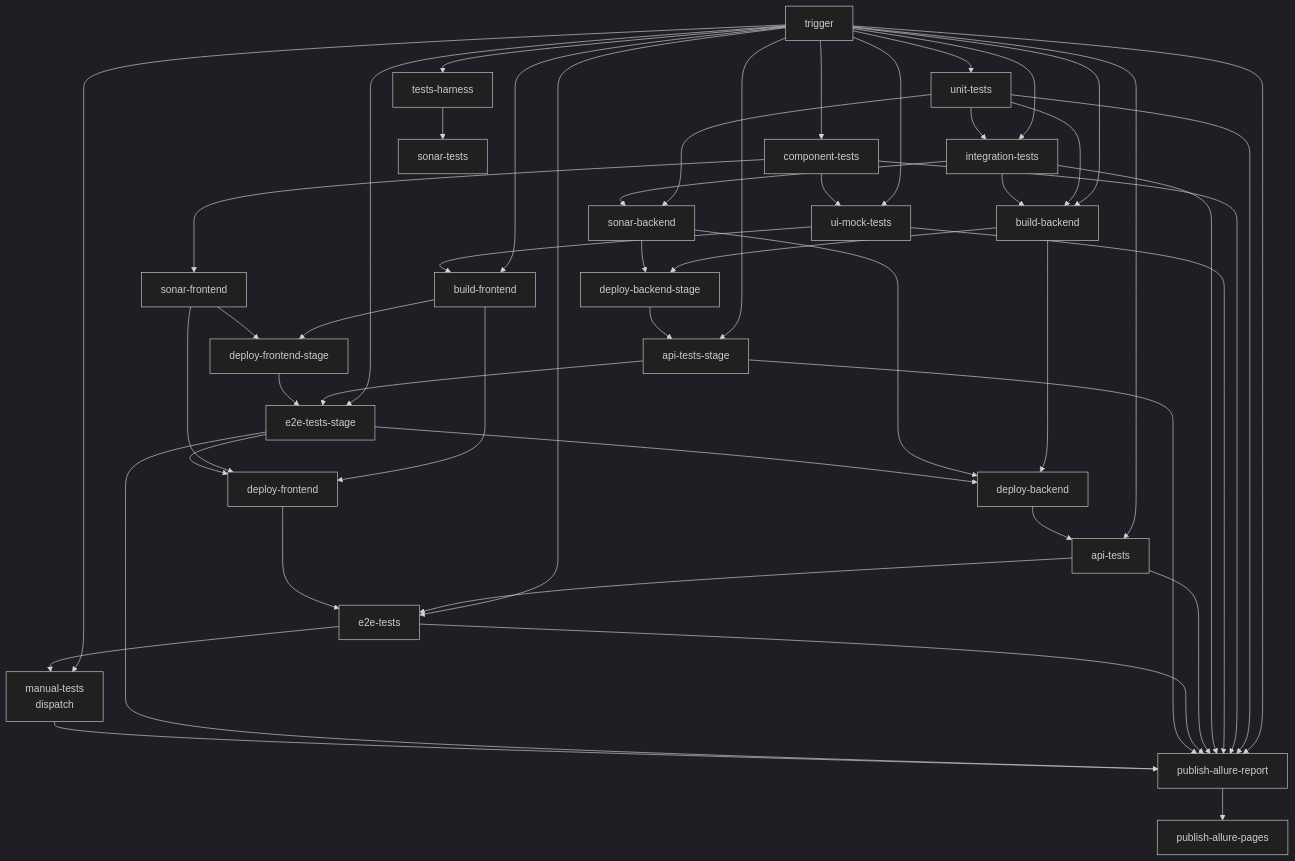
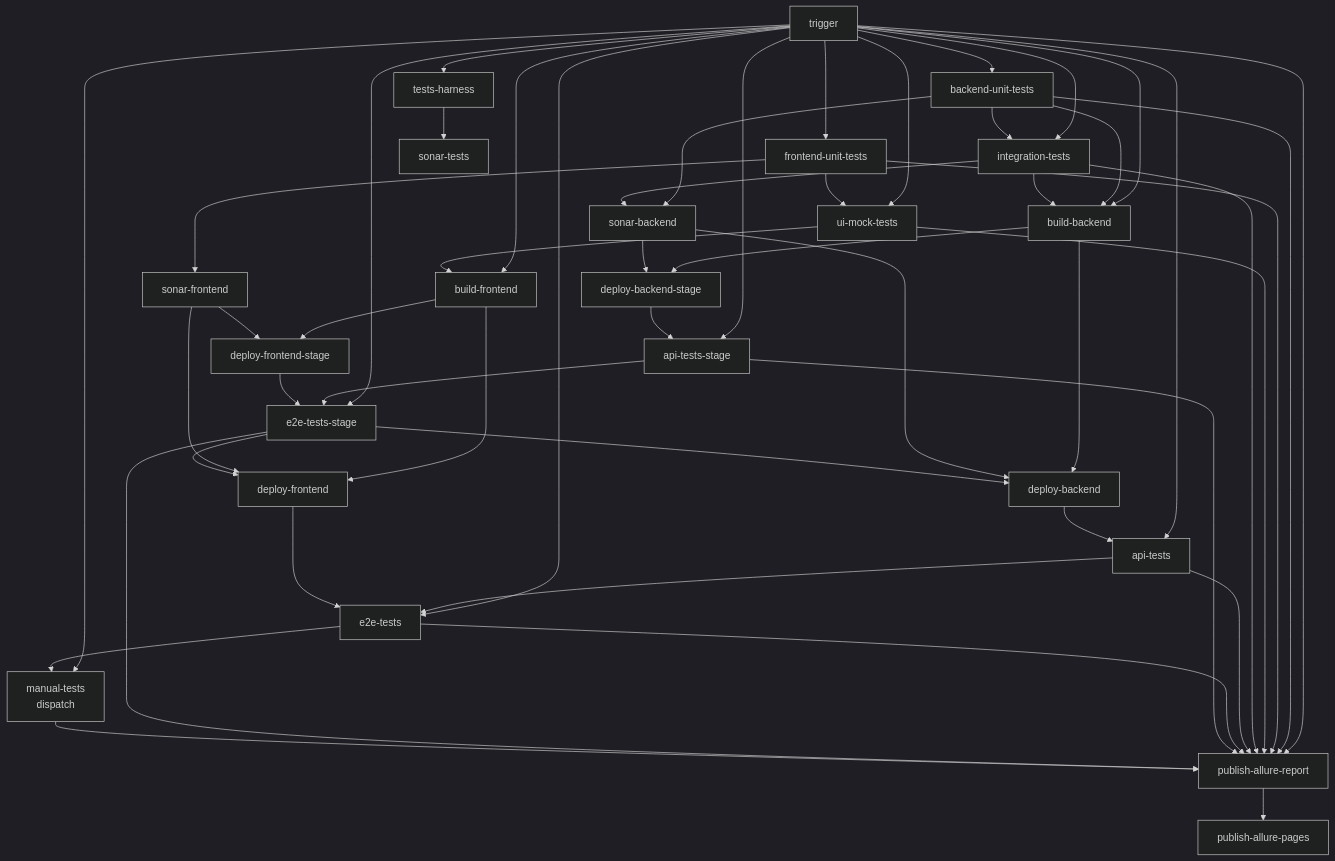
Before and after one commit to autotests-ai/autotests-ai-multistack-app: the diagram in README.md, drawn with Mermaid (dark theme). The commit also changed other lines of this file and 6 other files, not shown here.

First line of the commit message:
Rename CI jobs to backend-unit-tests and frontend-unit-tests.

````diff
--- a/README.md
+++ b/README.md
@@ -77,55 +77,55 @@
 ```mermaid
 flowchart TB
   TRG[trigger]
 
-  TRG --> UNIT[unit-tests]
-  TRG --> COMP[component-tests]
+  TRG --> UNIT[backend-unit-tests]
+  TRG --> COMP[frontend-unit-tests]
   TRG --> H[tests-harness]
   TRG --> MOCK[ui-mock-tests]
   TRG --> INT[integration-tests]
   TRG --> BB
   TRG --> BF
   TRG --> API
   TRG --> E2E
   TRG --> APIS
   TRG --> E2ES
   TRG --> MAN
   TRG --> PUB
 
   UNIT --> INT
   UNIT --> SB[sonar-backend]
   INT --> SB
   COMP --> SF[sonar-frontend]
   COMP --> MOCK
   H --> ST[sonar-tests]
 
   UNIT --> BB[build-backend]
   INT --> BB
   MOCK --> BF[build-frontend]
 
   BB --> DB[deploy-backend]
   SB --> DB
   BB --> DBS[deploy-backend-stage]
   SB --> DBS
 
   BF --> DF[deploy-frontend]
   SF --> DF
   BF --> DFS[deploy-frontend-stage]
   SF --> DFS
 
   DB --> API[api-tests]
 
   API --> E2E[e2e-tests]
   DF --> E2E
 
   DBS --> APIS[api-tests-stage]
   APIS --> E2ES[e2e-tests-stage]
   DFS --> E2ES
   E2ES --> DB
   E2ES --> DF
 
   E2E --> MAN[manual-tests<br/>dispatch]
 
   UNIT & COMP & MOCK & INT & API & E2E & APIS & E2ES & MAN --> PUB[publish-allure-report]
   PUB --> PAGES[publish-allure-pages]
 ```
````
